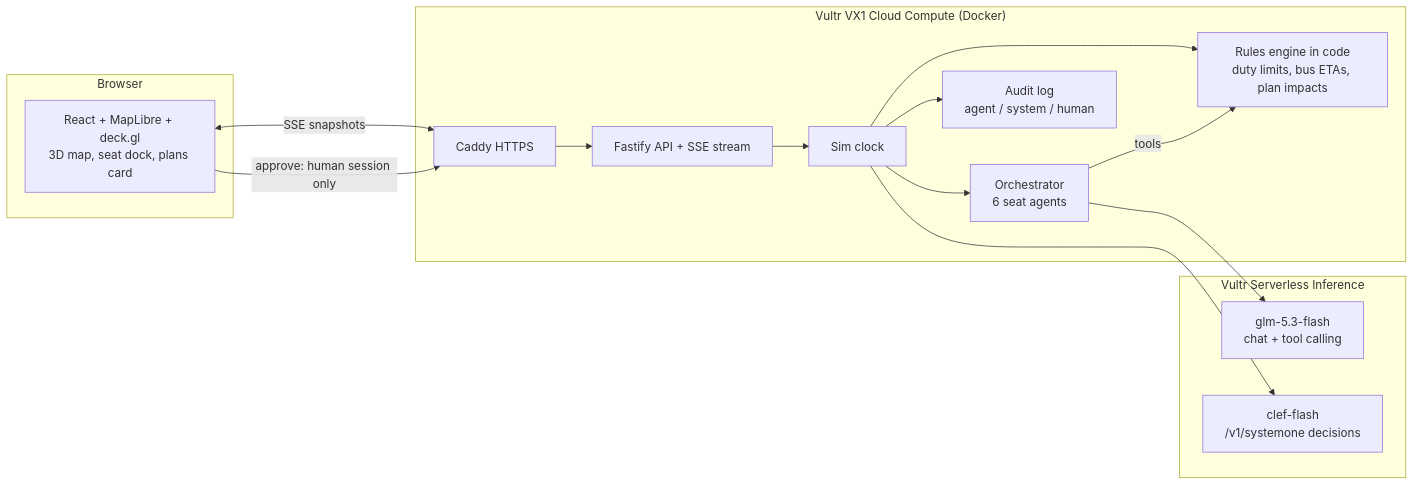
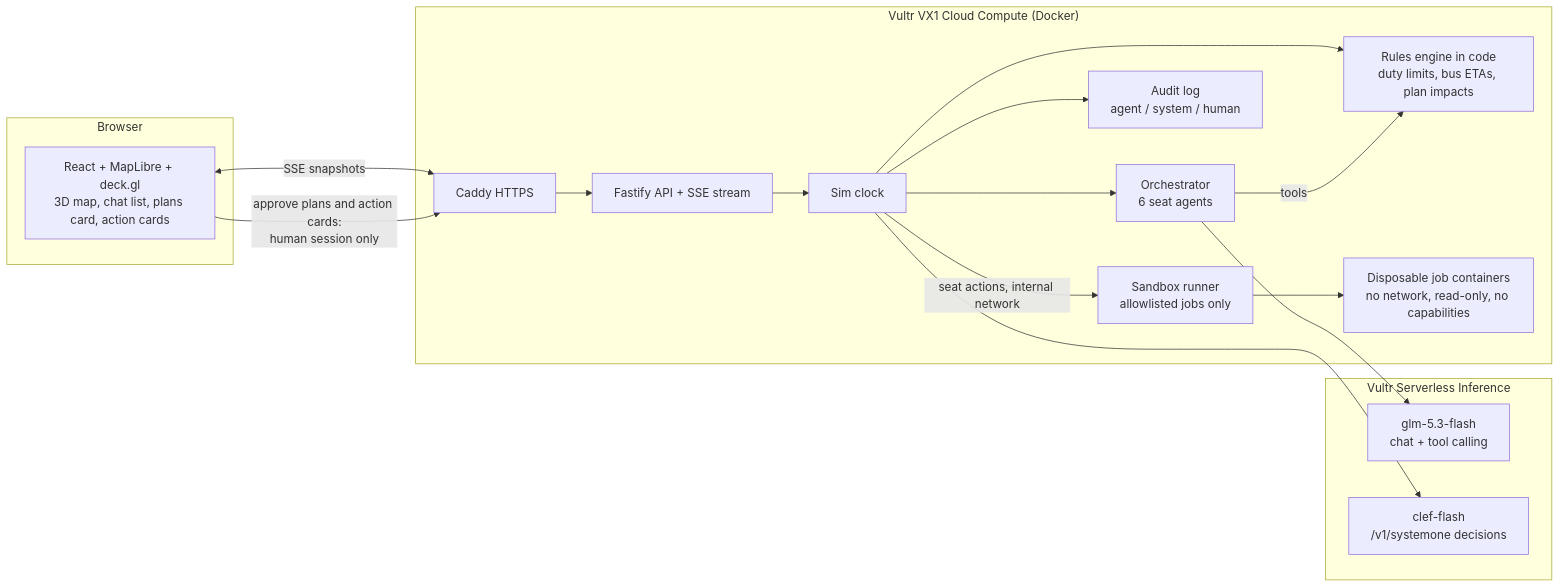
One commit to Ramy888/fly-through changed the diagram in README.md. Above: the diagram before and after it, drawn with Mermaid. The commit also changed other lines of this file and 26 other files, not shown here.

First line of the commit message:
Seats act within delegated budgets; every action runs as a sandboxed job

````diff
--- a/README.md
+++ b/README.md
@@ -58,22 +71,24 @@
 ```mermaid
 flowchart LR
   subgraph Browser
-    UI[React + MapLibre + deck.gl<br/>3D map, seat dock, plans card]
+    UI[React + MapLibre + deck.gl<br/>3D map, chat list, plans card, action cards]
   end
   subgraph VM["Vultr VX1 Cloud Compute (Docker)"]
     Caddy[Caddy HTTPS] --> API[Fastify API + SSE stream]
     API --> Sim[Sim clock]
     Sim --> Orch[Orchestrator<br/>6 seat agents]
     Sim --> Rules[Rules engine in code<br/>duty limits, bus ETAs, plan impacts]
     Orch -->|tools| Rules
     Sim --> Audit[Audit log<br/>agent / system / human]
+    Sim -->|seat actions, internal network| Runner[Sandbox runner<br/>allowlisted jobs only]
+    Runner --> Jobs[Disposable job containers<br/>no network, read-only, no capabilities]
   end
   subgraph Vultr Serverless Inference
     Chat[glm-5.3-flash<br/>chat + tool calling]
     Decide[clef-flash<br/>/v1/systemone decisions]
   end
   UI <-->|SSE snapshots| Caddy
-  UI -->|approve: human session only| Caddy
+  UI -->|approve plans and action cards:<br/>human session only| Caddy
   Orch --> Chat
   Sim --> Decide
 ```
````
